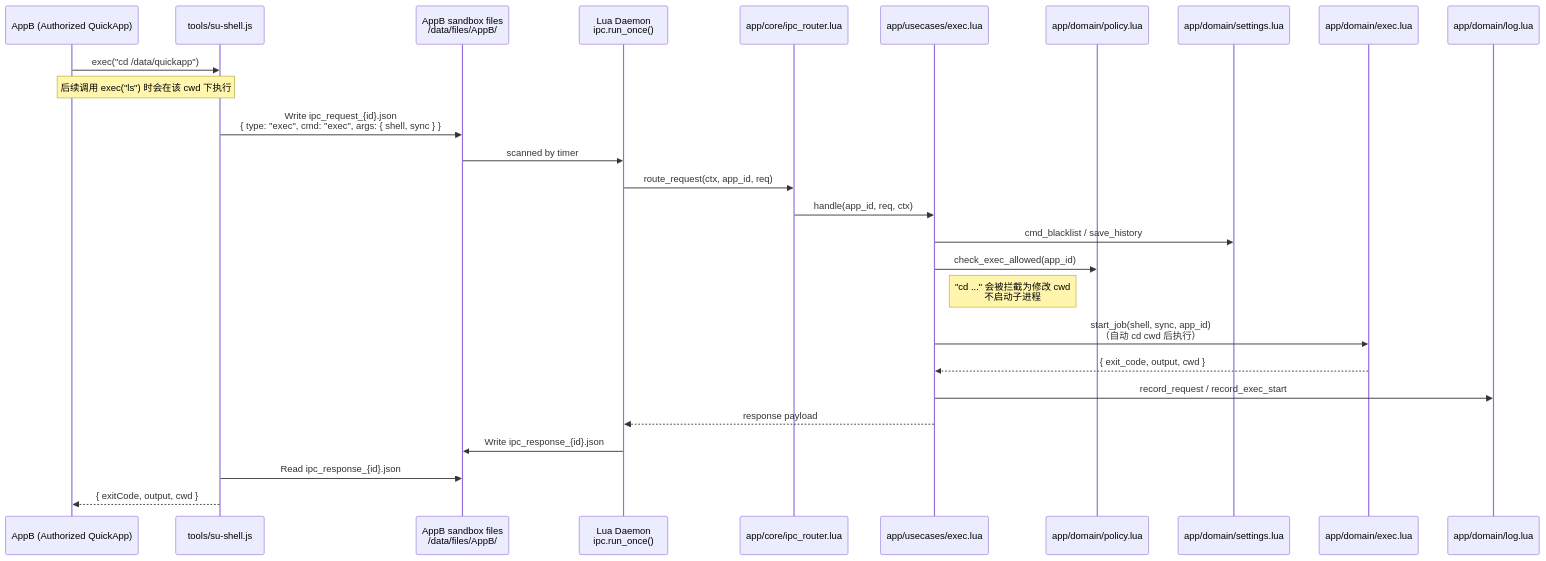
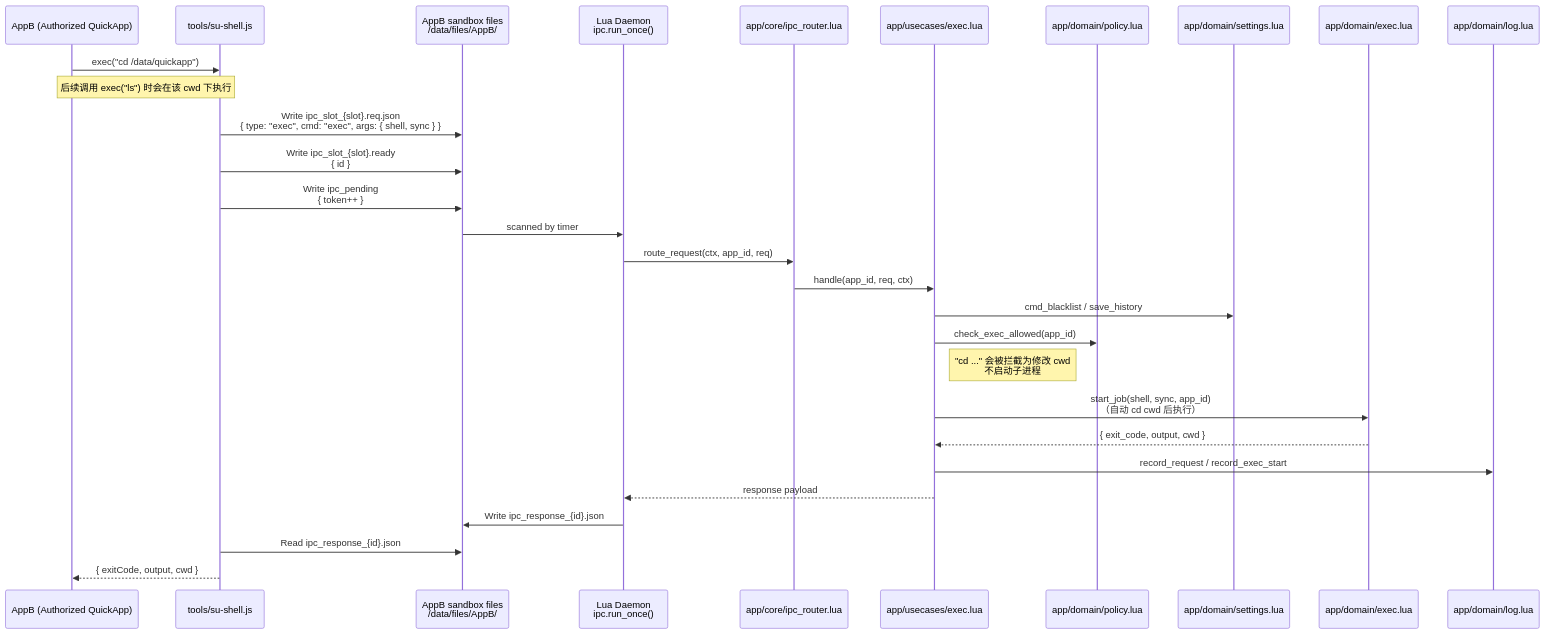
The first of 5 diagrams in README.md (FangAiden/Vela-Shell-Bridge), drawn with Mermaid before and after one commit. The commit also changed other lines of this file and 7 other files, not shown here.

````diff
--- a/README.md
+++ b/README.md
@@ -419,30 +419,32 @@
 ```mermaid
 sequenceDiagram
   participant App as AppB (Authorized QuickApp)
   participant Client as tools/su-shell.js
   participant Files as AppB sandbox files<br/>/data/files/AppB/
   participant Lua as Lua Daemon<br/>ipc.run_once()
   participant Router as app/core/ipc_router.lua
   participant ExecUC as app/usecases/exec.lua
   participant Policy as app/domain/policy.lua
   participant Settings as app/domain/settings.lua
   participant ExecDom as app/domain/exec.lua
   participant Log as app/domain/log.lua
 
   App->>Client: exec("cd /data/quickapp")
   Note over App,Client: 后续调用 exec("ls") 时会在该 cwd 下执行
-  Client->>Files: Write ipc_request_{id}.json<br/>{ type: "exec", cmd: "exec", args: { shell, sync } }
+  Client->>Files: Write ipc_slot_{slot}.req.json<br/>{ type: "exec", cmd: "exec", args: { shell, sync } }
+  Client->>Files: Write ipc_slot_{slot}.ready<br/>{ id }
+  Client->>Files: Write ipc_pending<br/>{ token++ }
   Files->>Lua: scanned by timer
   Lua->>Router: route_request(ctx, app_id, req)
   Router->>ExecUC: handle(app_id, req, ctx)
   ExecUC->>Settings: cmd_blacklist / save_history
   ExecUC->>Policy: check_exec_allowed(app_id)
   Note right of ExecUC: "cd ..." 会被拦截为修改 cwd<br/>不启动子进程
   ExecUC->>ExecDom: start_job(shell, sync, app_id)<br/>（自动 cd cwd 后执行）
   ExecDom-->>ExecUC: { exit_code, output, cwd }
   ExecUC->>Log: record_request / record_exec_start
   ExecUC-->>Lua: response payload
   Lua->>Files: Write ipc_response_{id}.json
   Client->>Files: Read ipc_response_{id}.json
   Client-->>App: { exitCode, output, cwd }
 ```
````
